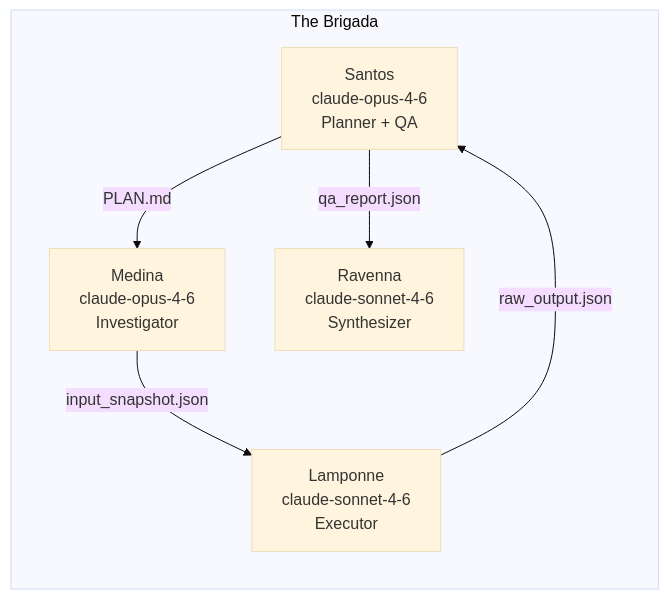
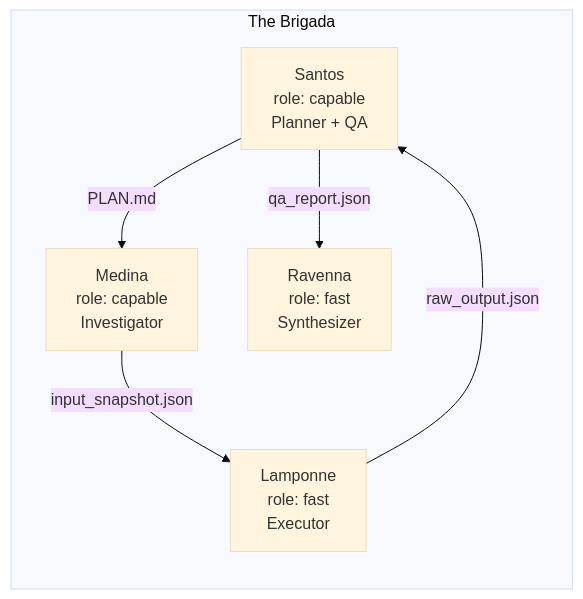
One commit to fierro-ltd/simuladores changed the first of 7 diagrams in docs/ARCHITECTURE.md. Above: the diagram before and after it, drawn with Mermaid (base theme). The commit also changed other lines of this file and 4 other files, not shown here.

First line of the commit message:
docs: update documentation to reflect v4.0 multi-provider architecture

````diff
--- a/docs/ARCHITECTURE.md
+++ b/docs/ARCHITECTURE.md
@@ -45,14 +45,14 @@
 ```mermaid
 graph LR
     subgraph "The Brigada"
-        S["Santos<br/>claude-opus-4-6<br/>Planner + QA"]
-        M["Medina<br/>claude-opus-4-6<br/>Investigator"]
-        L["Lamponne<br/>claude-sonnet-4-6<br/>Executor"]
-        R["Ravenna<br/>claude-sonnet-4-6<br/>Synthesizer"]
+        S["Santos<br/>role: capable<br/>Planner + QA"]
+        M["Medina<br/>role: capable<br/>Investigator"]
+        L["Lamponne<br/>role: fast<br/>Executor"]
+        R["Ravenna<br/>role: fast<br/>Synthesizer"]
     end
 
     S -->|"PLAN.md"| M
     M -->|"input_snapshot.json"| L
     L -->|"raw_output.json"| S
     S -->|"qa_report.json"| R
 ```
````
